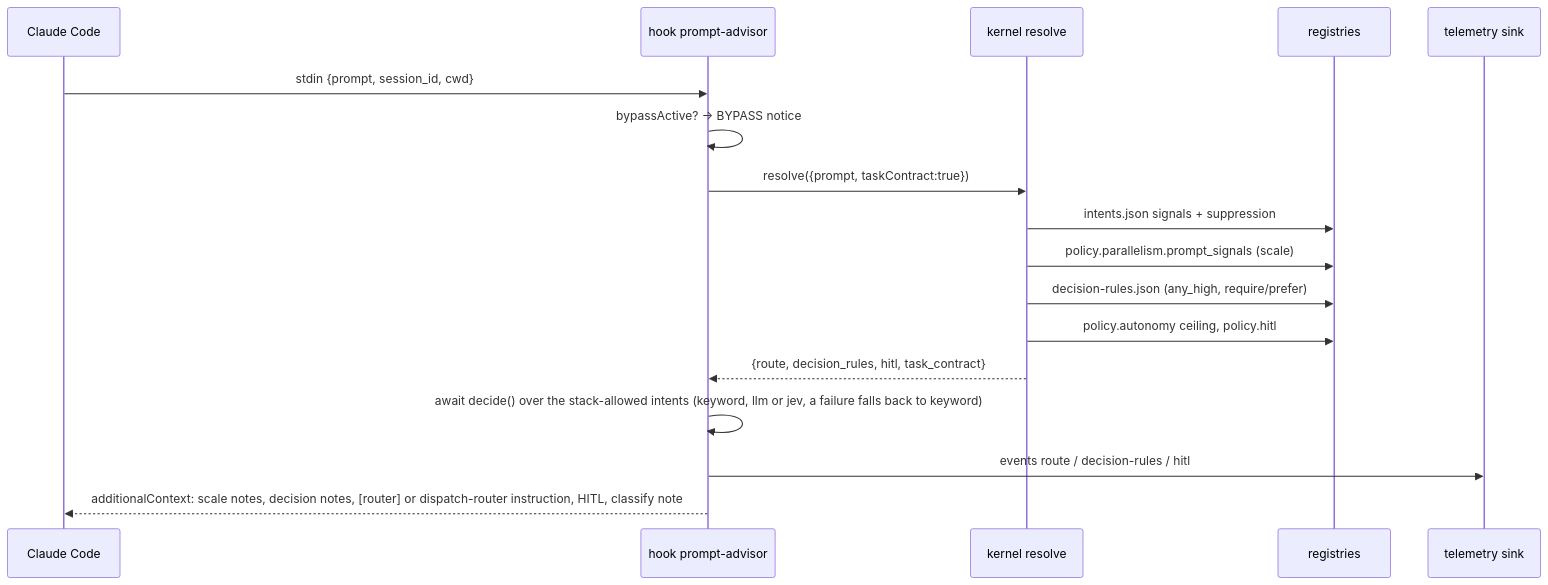
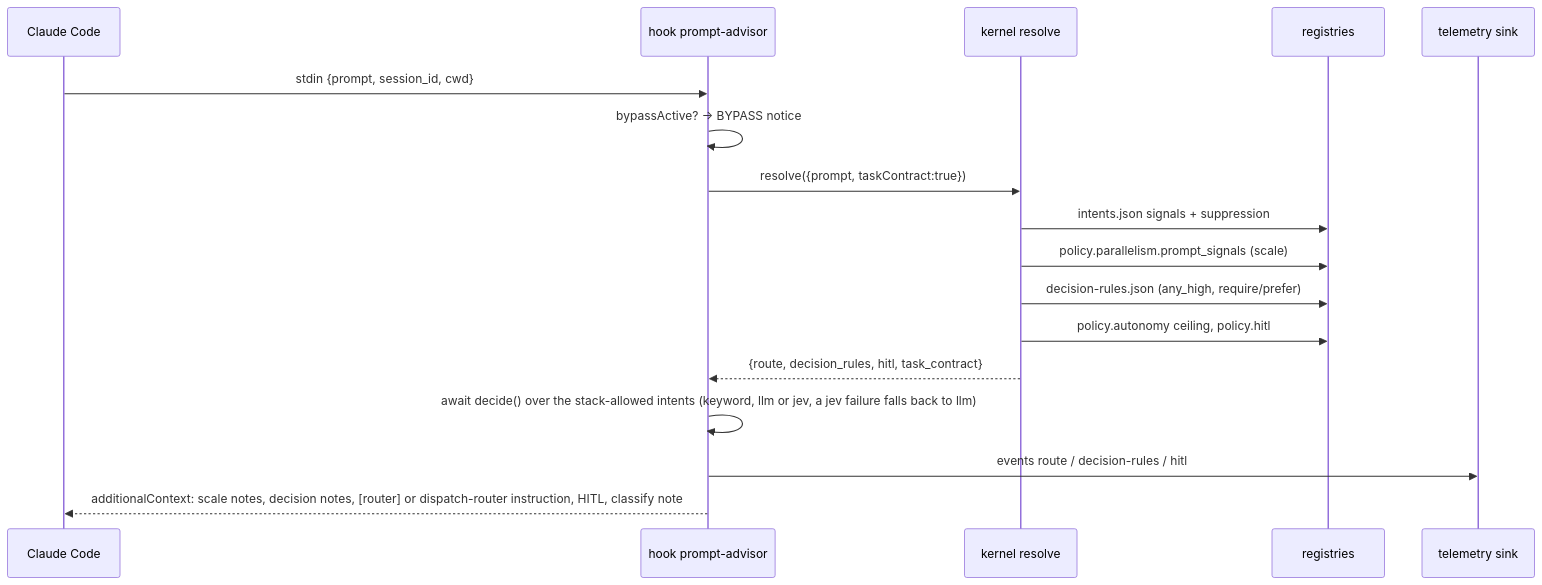
Before and after one commit to ricardofagmerspesia/engineos: the second of 5 diagrams in docs/CODEBASE_MAP.md, drawn with Mermaid. The commit also changed other lines of this file and 24 other files, not shown here.

````diff
--- a/docs/CODEBASE_MAP.md
+++ b/docs/CODEBASE_MAP.md
@@ -256,20 +256,20 @@
 ```mermaid
 sequenceDiagram
     participant CC as Claude Code
     participant H as hook prompt-advisor
     participant K as kernel resolve
     participant R as registries
     participant T as telemetry sink
 
     CC->>H: stdin {prompt, session_id, cwd}
     H->>H: bypassActive? -> BYPASS notice
     H->>K: resolve({prompt, taskContract:true})
     K->>R: intents.json signals + suppression
     K->>R: policy.parallelism.prompt_signals (scale)
     K->>R: decision-rules.json (any_high, require/prefer)
     K->>R: policy.autonomy ceiling, policy.hitl
     K-->>H: {route, decision_rules, hitl, task_contract}
-    H->>H: await decide() over the stack-allowed intents (keyword, llm or jev, a failure falls back to keyword)
+    H->>H: await decide() over the stack-allowed intents (keyword, llm or jev, a jev failure falls back to llm)
     H->>T: events route / decision-rules / hitl
     H-->>CC: additionalContext: scale notes, decision notes, [router] or dispatch-router instruction, HITL, classify note
 ```
````
